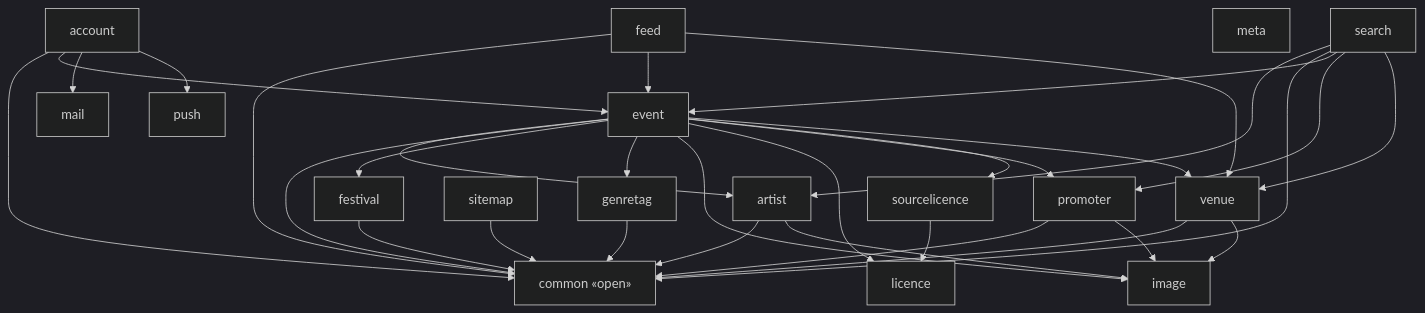
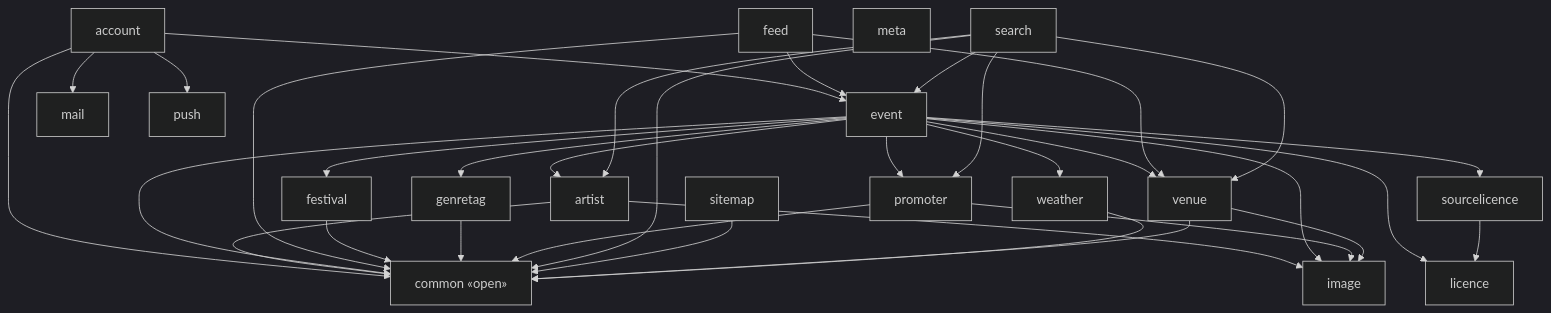
The diagram in docs/architecture/modules-events-bff.md (enorm-labs/event-junkie), drawn with Mermaid (dark theme) before and after one commit. The commit also changed 25 other files, not shown here.

````diff
--- a/docs/architecture/modules-events-bff.md
+++ b/docs/architecture/modules-events-bff.md
@@ -9,52 +9,55 @@
 ```mermaid
 flowchart TD
     account["account"]
     artist["artist"]
     common["common «open»"]
     event["event"]
     feed["feed"]
     festival["festival"]
     genretag["genretag"]
     image["image"]
     licence["licence"]
     mail["mail"]
     meta["meta"]
     promoter["promoter"]
     push["push"]
     search["search"]
     sitemap["sitemap"]
     sourcelicence["sourcelicence"]
     venue["venue"]
+    weather["weather"]
 
     account --> common
     account --> event
     account --> mail
     account --> push
     artist --> common
     artist --> image
     event --> artist
     event --> common
     event --> festival
     event --> genretag
     event --> image
     event --> licence
     event --> promoter
     event --> sourcelicence
     event --> venue
+    event --> weather
     feed --> common
     feed --> event
     feed --> venue
     festival --> common
     genretag --> common
     promoter --> common
     promoter --> image
     search --> artist
     search --> common
     search --> event
     search --> promoter
     search --> venue
     sitemap --> common
     sourcelicence --> licence
     venue --> common
     venue --> image
+    weather --> common
 ```
````
